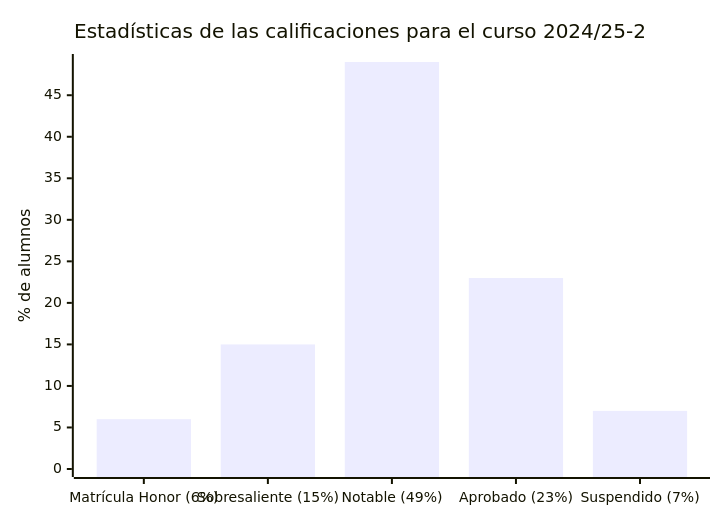
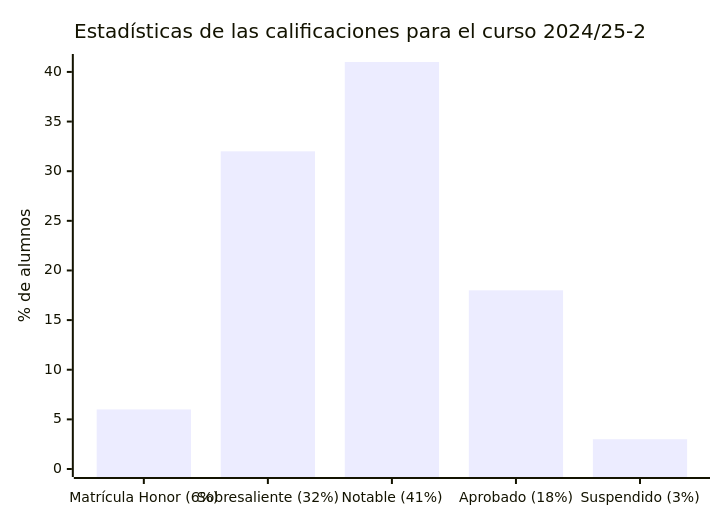
One commit to HenestrosaDev/uoc-ingenieria-informatica changed the diagram in analisis_matematico/README.md. Above: the diagram before and after it, drawn with Mermaid. The commit also changed other lines of this file and 1 other file, not shown here.

Commit message:
AM: Añade la calificación del examen y la calificación final

````diff
--- a/analisis_matematico/README.md
+++ b/analisis_matematico/README.md
@@ -11,7 +11,7 @@
 ```mermaid
 xychart-beta
 		title "Estadísticas de las calificaciones para el curso 2024/25-2"
-		x-axis ["Matrícula Honor (6%)", "Sobresaliente (15%)", "Notable (49%)", "Aprobado (23%)", "Suspendido (7%)"]
-		y-axis "% de alumnos" 0 --> 49
-		bar [6, 15, 49, 23, 7]
+		x-axis ["Matrícula Honor (6%)", "Sobresaliente (32%)", "Notable (41%)", "Aprobado (18%)", "Suspendido (3%)"]
+		y-axis "% de alumnos" 0 --> 41
+		bar [6, 32, 41, 18, 3]
 ```
````
